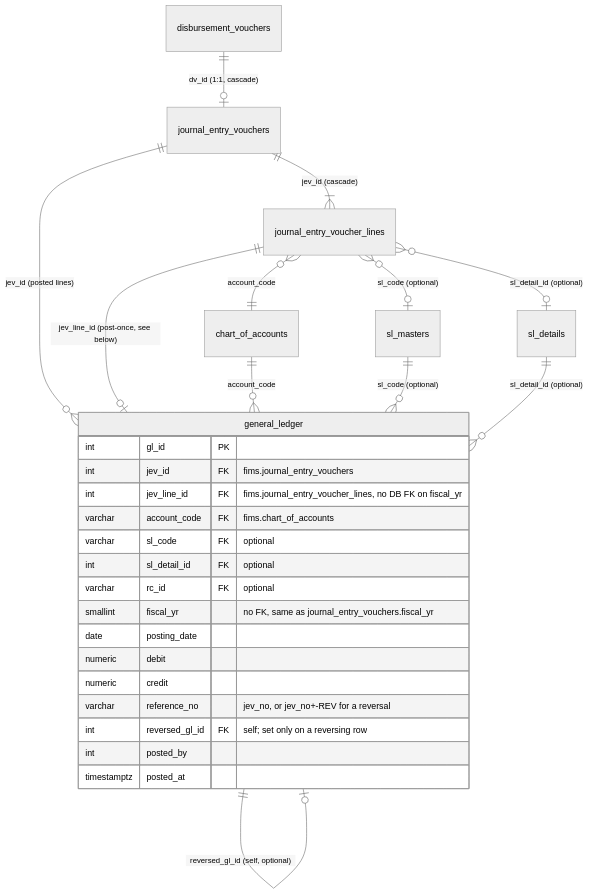
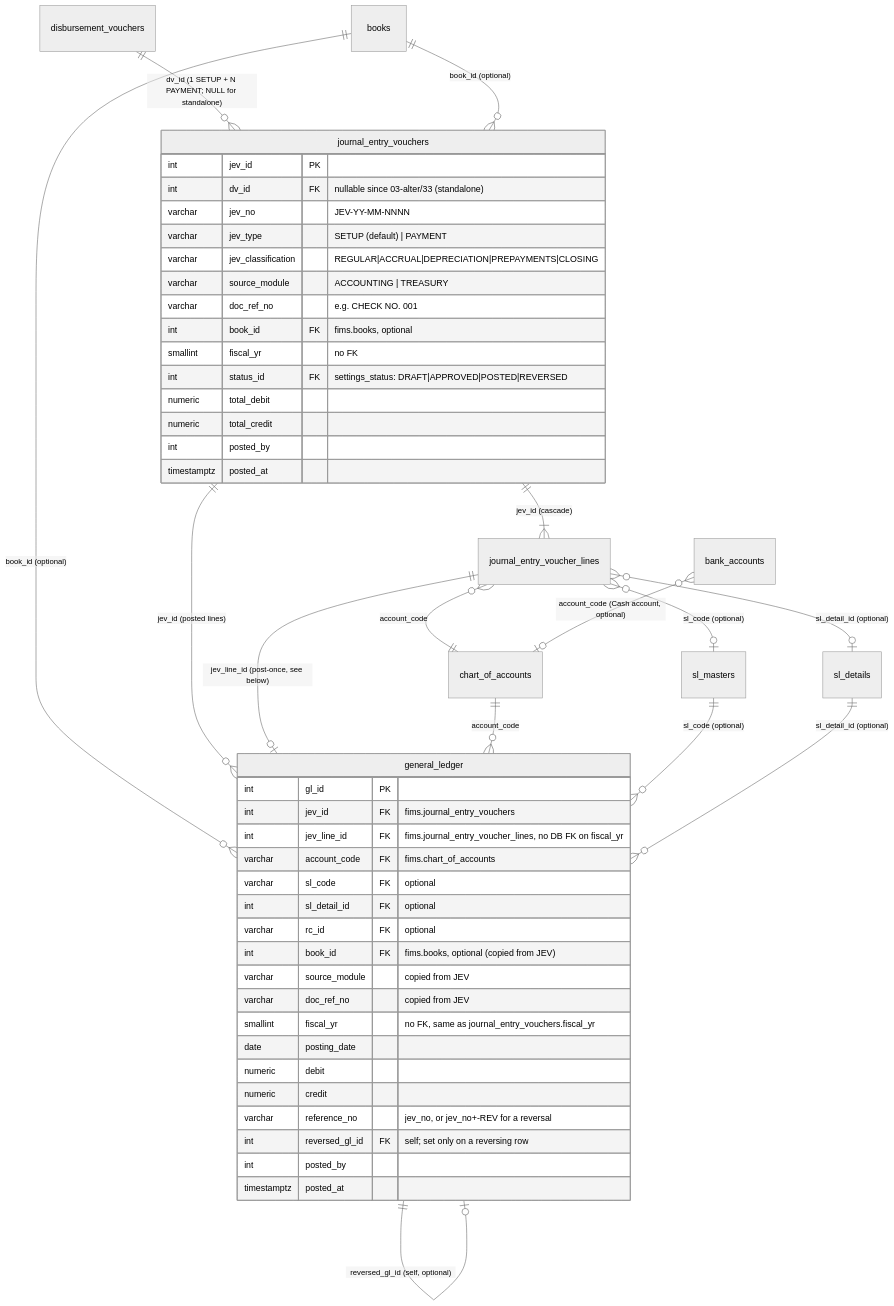
One commit to A-team-ITBS/fims-nha changed diagram 11 of 12 in system_docs/ERD/README.md. Above: the diagram before and after it, drawn with Mermaid (neutral theme). The commit also changed other lines of this file and 21 other files, not shown here.

First line of the commit message:
feat: Extend Disbursement Voucher and Journal Entry Voucher functionality

````diff
--- a/system_docs/ERD/README.md
+++ b/system_docs/ERD/README.md
@@ -425,33 +463,56 @@
 ```mermaid
 erDiagram
-    disbursement_vouchers ||--o| journal_entry_vouchers : "dv_id (1:1, cascade)"
+    disbursement_vouchers ||--o{ journal_entry_vouchers : "dv_id (1 SETUP + N PAYMENT; NULL for standalone)"
+    books ||--o{ journal_entry_vouchers : "book_id (optional)"
+    books ||--o{ general_ledger : "book_id (optional)"
     journal_entry_vouchers ||--|{ journal_entry_voucher_lines : "jev_id (cascade)"
     journal_entry_voucher_lines }o--|| chart_of_accounts : "account_code"
     journal_entry_voucher_lines }o--o| sl_masters : "sl_code (optional)"
     journal_entry_voucher_lines }o--o| sl_details : "sl_detail_id (optional)"
+    bank_accounts }o--o| chart_of_accounts : "account_code (Cash account, optional)"
 
     journal_entry_vouchers ||--o{ general_ledger : "jev_id (posted lines)"
     journal_entry_voucher_lines ||--o| general_ledger : "jev_line_id (post-once, see below)"
     chart_of_accounts ||--o{ general_ledger : "account_code"
     sl_masters ||--o{ general_ledger : "sl_code (optional)"
     sl_details ||--o{ general_ledger : "sl_detail_id (optional)"
     general_ledger ||--o| general_ledger : "reversed_gl_id (self, optional)"
+
+    journal_entry_vouchers {
+        int jev_id PK
+        int dv_id FK "nullable since 03-alter/33 (standalone)"
+        varchar jev_no "JEV-YY-MM-NNNN"
+        varchar jev_type "SETUP (default) | PAYMENT"
+        varchar jev_classification "REGULAR|ACCRUAL|DEPRECIATION|PREPAYMENTS|CLOSING"
+        varchar source_module "ACCOUNTING | TREASURY"
+        varchar doc_ref_no "e.g. CHECK NO. 001"
+        int book_id FK "fims.books, optional"
+        smallint fiscal_yr "no FK"
+        int status_id FK "settings_status: DRAFT|APPROVED|POSTED|REVERSED"
+        numeric total_debit
+        numeric total_credit
+        int posted_by
+        timestamptz posted_at
+    }
 
     general_ledger {
         int gl_id PK
         int jev_id FK "fims.journal_entry_vouchers"
         int jev_line_id FK "fims.journal_entry_voucher_lines, no DB FK on fiscal_yr"
         varchar account_code FK "fims.chart_of_accounts"
         varchar sl_code FK "optional"
         int sl_detail_id FK "optional"
         varchar rc_id FK "optional"
+        int book_id FK "fims.books, optional (copied from JEV)"
+        varchar source_module "copied from JEV"
+        varchar doc_ref_no "copied from JEV"
         smallint fiscal_yr "no FK, same as journal_entry_vouchers.fiscal_yr"
         date posting_date
         numeric debit
         numeric credit
         varchar reference_no "jev_no, or jev_no+-REV for a reversal"
         int reversed_gl_id FK "self; set only on a reversing row"
         int posted_by
         timestamptz posted_at
     }
 ```
````
